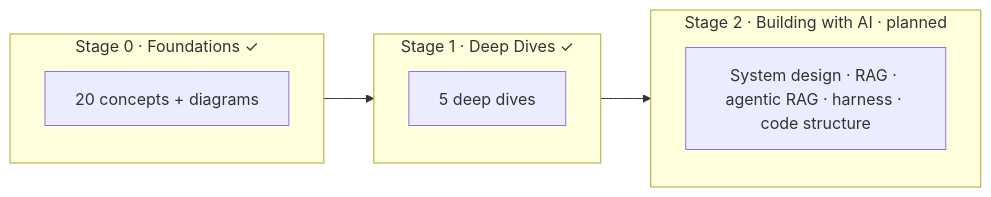
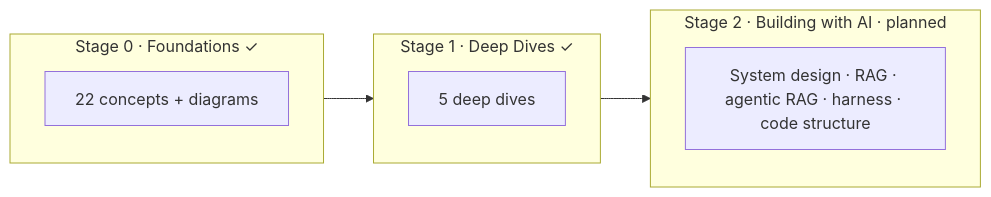
Before and after one commit to namphuongtran/ai-vault: the diagram in content/en/_index.md, drawn with Mermaid. The commit also changed 45 other files, not shown here.

````diff
--- a/content/en/_index.md
+++ b/content/en/_index.md
@@ -23,13 +23,13 @@
 ```mermaid
 flowchart LR
     subgraph S0["Stage 0 · Foundations ✓"]
-      A0[20 concepts + diagrams]
+      A0[22 concepts + diagrams]
     end
     subgraph S1["Stage 1 · Deep Dives ✓"]
       A1[5 deep dives]
     end
     subgraph S2["Stage 2 · Building with AI · planned"]
       A2[System design · RAG · agentic RAG · harness · code structure]
     end
     S0 --> S1 --> S2
 ```
````
